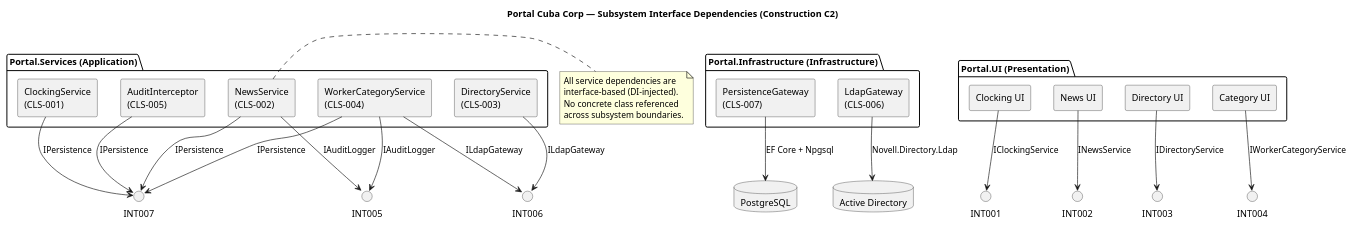
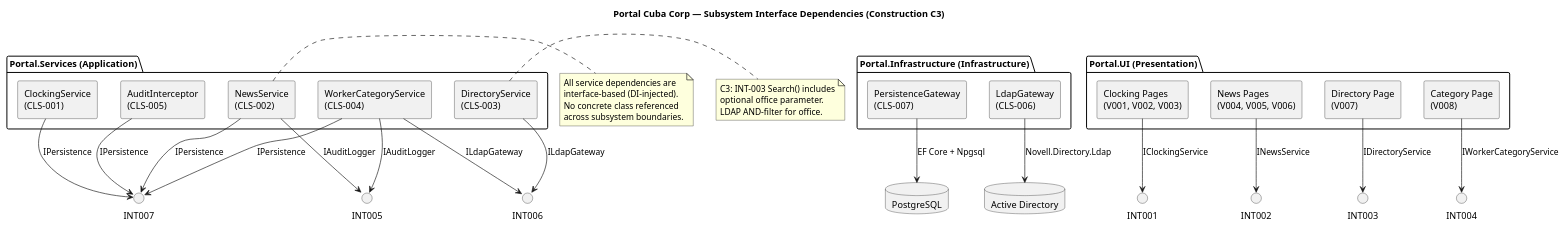
One commit to banense-test/portal-cuba-corp changed diagram 15 of 32 in docs/artifacts/analysis---design/design-model.md. Above: the diagram before and after it, drawn with PlantUML. The commit also changed other lines of this file, not shown here.

````diff
--- a/docs/artifacts/analysis---design/design-model.md
+++ b/docs/artifacts/analysis---design/design-model.md
@@ -1218,56 +1200,62 @@
 ```plantuml
 @startuml
-title Portal Cuba Corp — Subsystem Interface Dependencies (Construction C2)
+title Portal Cuba Corp — Subsystem Interface Dependencies (Construction C3)
 
 skinparam componentStyle rectangle
 skinparam classAttributeIconSize 0
 
 package "Portal.UI (Presentation)" {
-  [Clocking UI] as UI_CLK
-  [News UI] as UI_NEWS
-  [Directory UI] as UI_DIR
-  [Category UI] as UI_CAT
+  component "Clocking Pages\n(V001, V002, V003)" as UI_CLK
+  component "News Pages\n(V004, V005, V006)" as UI_NEWS
+  component "Directory Page\n(V007)" as UI_DIR
+  component "Category Page\n(V008)" as UI_CAT
 }
 
 package "Portal.Services (Application)" {
   component "ClockingService\n(CLS-001)" as SVC_CLK
   component "NewsService\n(CLS-002)" as SVC_NEWS
   component "DirectoryService\n(CLS-003)" as SVC_DIR
   component "WorkerCategoryService\n(CLS-004)" as SVC_CAT
   component "AuditInterceptor\n(CLS-005)" as SVC_AUDIT
 }
 
 package "Portal.Infrastructure (Infrastructure)" {
   component "PersistenceGateway\n(CLS-007)" as INF_PERSIST
   component "LdapGateway\n(CLS-006)" as INF_LDAP
 }
 
 database "PostgreSQL" as PG
 database "Active Directory" as AD
 
 UI_CLK --> INT001 : IClockingService
 UI_NEWS --> INT002 : INewsService
 UI_DIR --> INT003 : IDirectoryService
 UI_CAT --> INT004 : IWorkerCategoryService
 
 SVC_CLK --> INT007 : IPersistence
 SVC_NEWS --> INT007 : IPersistence
 SVC_NEWS --> INT005 : IAuditLogger
 SVC_DIR --> INT006 : ILdapGateway
 SVC_CAT --> INT007 : IPersistence
 SVC_CAT --> INT006 : ILdapGateway
 SVC_CAT --> INT005 : IAuditLogger
 SVC_AUDIT --> INT007 : IPersistence
 
 INF_PERSIST --> PG : EF Core + Npgsql
 INF_LDAP --> AD : Novell.Directory.Ldap
 
 note right of SVC_NEWS
   All service dependencies are
   interface-based (DI-injected).
   No concrete class referenced
   across subsystem boundaries.
 end note
 
+note right of SVC_DIR
+  C3: INT-003 Search() includes
+  optional office parameter.
+  LDAP AND-filter for office.
+end note
+
 @enduml
 ```
````
